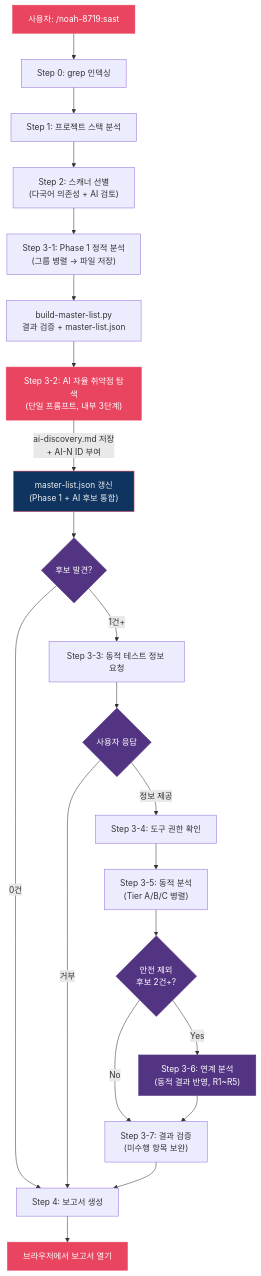
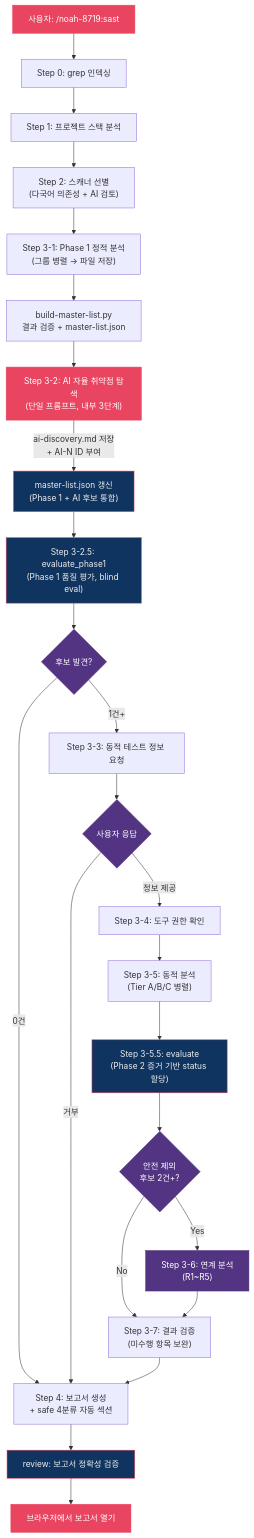
One commit to nomarlhack/noah-sast changed the diagram in README.md. Above: the diagram before and after it, drawn with Mermaid.

Commit message:
docs: README 흐름도에 평가 3모드 노드 추가

````diff
--- a/README.md
+++ b/README.md
@@ -38,32 +38,38 @@
 ```mermaid
 flowchart TD
     User["사용자: /noah-8719:sast"] --> S0["Step 0: grep 인덱싱"]
     S0 --> S1["Step 1: 프로젝트 스택 분석"]
     S1 --> S2["Step 2: 스캐너 선별\n(다국어 의존성 + AI 검토)"]
     S2 --> S3["Step 3-1: Phase 1 정적 분석\n(그룹 병렬 → 파일 저장)"]
     S3 --> BML2["build-master-list.py\n결과 검증 + master-list.json"]
     BML2 --> AI["Step 3-2: AI 자율 취약점 탐색\n(단일 프롬프트, 내부 3단계)"]
     AI -->|"ai-discovery.md 저장\n+ AI-N ID 부여"| MLUpdate2["master-list.json 갱신\n(Phase 1 + AI 후보 통합)"]
-    MLUpdate2 --> Check{후보 발견?}
-    Check -->|0건| S4["Step 4: 보고서 생성"]
+    MLUpdate2 --> EvalP1["Step 3-2.5: evaluate_phase1\n(Phase 1 품질 평가, blind eval)"]
+    EvalP1 --> Check{후보 발견?}
+    Check -->|0건| S4["Step 4: 보고서 생성\n+ safe 4분류 자동 섹션"]
     Check -->|1건+| Ask["Step 3-3: 동적 테스트 정보 요청"]
     Ask --> UserReply{사용자 응답}
     UserReply -->|정보 제공| Perm["Step 3-4: 도구 권한 확인"]
     UserReply -->|거부| S4
     Perm --> Dynamic["Step 3-5: 동적 분석\n(Tier A/B/C 병렬)"]
-    Dynamic --> ChainCheck{"안전 제외\n후보 2건+?"}
-    ChainCheck -->|Yes| Chain["Step 3-6: 연계 분석\n(동적 결과 반영, R1~R5)"]
+    Dynamic --> Eval["Step 3-5.5: evaluate\n(Phase 2 증거 기반 status 할당)"]
+    Eval --> ChainCheck{"안전 제외\n후보 2건+?"}
+    ChainCheck -->|Yes| Chain["Step 3-6: 연계 분석\n(R1~R5)"]
     ChainCheck -->|No| Verify
     Chain --> Verify["Step 3-7: 결과 검증\n(미수행 항목 보완)"]
     Verify --> S4
-    S4 --> Open["브라우저에서 보고서 열기"]
+    S4 --> Review["review: 보고서 정확성 검증"]
+    Review --> Open["브라우저에서 보고서 열기"]
 
     style User fill:#e94560,stroke:#e94560,color:#fff
     style AI fill:#e94560,stroke:#e94560,color:#fff
     style MLUpdate2 fill:#0f3460,stroke:#e94560,color:#eee
+    style EvalP1 fill:#0f3460,stroke:#e94560,color:#eee
+    style Eval fill:#0f3460,stroke:#e94560,color:#eee
+    style Review fill:#0f3460,stroke:#e94560,color:#eee
     style Chain fill:#533483,stroke:#533483,color:#fff
     style Open fill:#e94560,stroke:#e94560,color:#fff
     style Check fill:#533483,stroke:#533483,color:#fff
     style ChainCheck fill:#533483,stroke:#533483,color:#fff
     style UserReply fill:#533483,stroke:#533483,color:#fff
 ```
````
